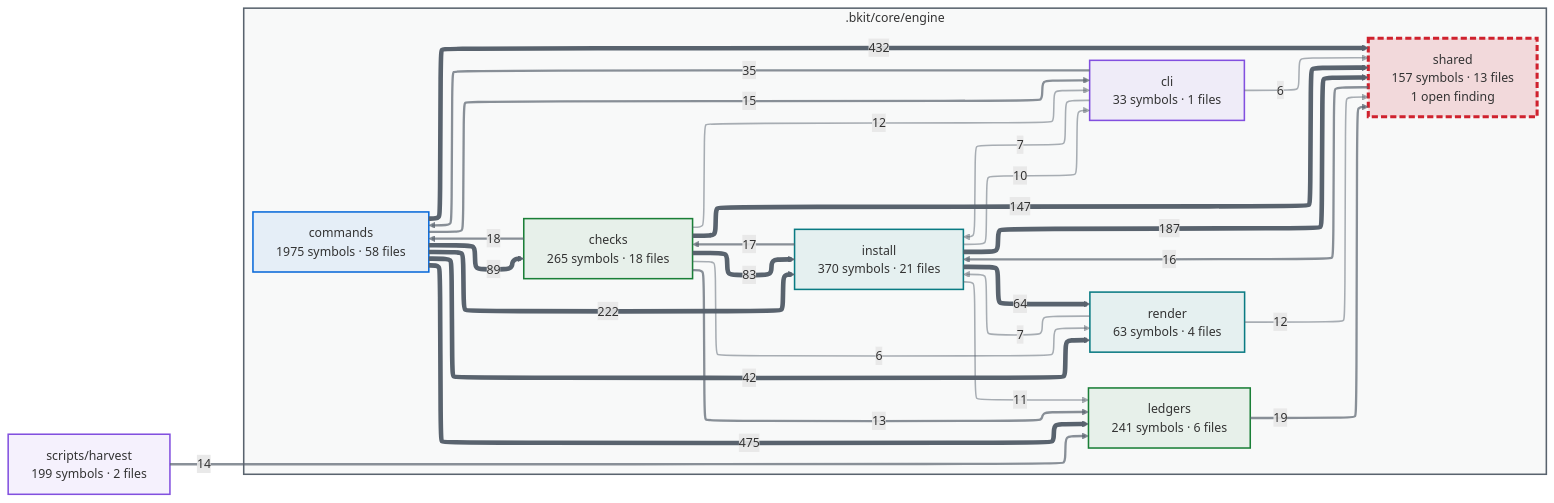
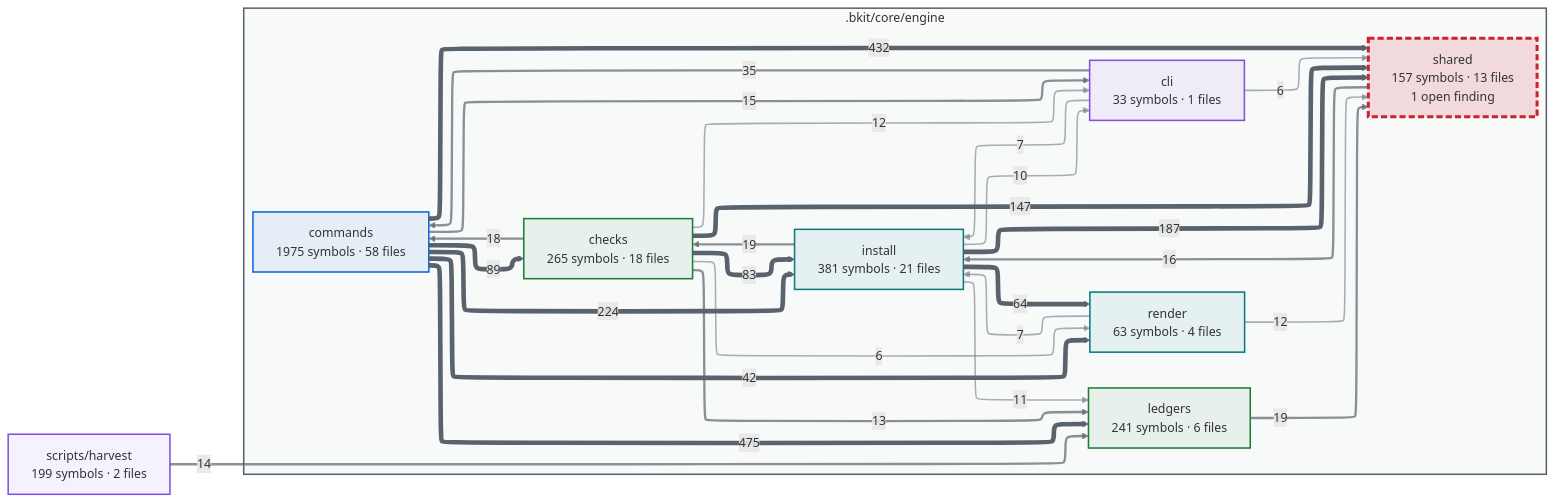
The first of 2 diagrams in docs/capabilities.md (cbartens/bkit), drawn with Mermaid before and after one commit. The commit also changed other lines of this file and 93 other files, not shown here.

First line of the commit message:
fix(985-install-settings-merge): install and upgrade take back a permission bkit retired

````diff
--- a/docs/capabilities.md
+++ b/docs/capabilities.md
@@ -116,80 +116,80 @@
 ```mermaid
 ---
 config:
   layout: elk
   themeCSS: "marker { overflow: visible; } marker path { transform: scale(1.8); transform-origin: 5px 5px; }"
   flowchart:
     useMaxWidth: false
 ---
 flowchart LR
   %% Generated by bkit-graphify-rollup.py — do not edit
   subgraph gn_bkit_core_engine[".bkit/core/engine"]
     n_bkit_core_engine_checks["checks<br/>265 symbols · 18 files"]
     n_bkit_core_engine_cli["cli<br/>33 symbols · 1 files"]
     n_bkit_core_engine_commands["commands<br/>1975 symbols · 58 files"]
-    n_bkit_core_engine_install["install<br/>370 symbols · 21 files"]
+    n_bkit_core_engine_install["install<br/>381 symbols · 21 files"]
     n_bkit_core_engine_ledgers["ledgers<br/>241 symbols · 6 files"]
     n_bkit_core_engine_render["render<br/>63 symbols · 4 files"]
     n_bkit_core_engine_shared["shared<br/>157 symbols · 13 files<br/>1 open finding"]
   end
   nscripts_harvest["scripts/harvest<br/>199 symbols · 2 files"]
   n_bkit_core_engine_commands -->|475| n_bkit_core_engine_ledgers
   n_bkit_core_engine_commands -->|432| n_bkit_core_engine_shared
-  n_bkit_core_engine_commands -->|222| n_bkit_core_engine_install
+  n_bkit_core_engine_commands -->|224| n_bkit_core_engine_install
   n_bkit_core_engine_install -->|187| n_bkit_core_engine_shared
   n_bkit_core_engine_checks -->|147| n_bkit_core_engine_shared
   n_bkit_core_engine_commands -->|89| n_bkit_core_engine_checks
   n_bkit_core_engine_checks -->|83| n_bkit_core_engine_install
   n_bkit_core_engine_install -->|64| n_bkit_core_engine_render
   n_bkit_core_engine_commands -->|42| n_bkit_core_engine_render
   n_bkit_core_engine_cli -->|35| n_bkit_core_engine_commands
+  n_bkit_core_engine_install -->|19| n_bkit_core_engine_checks
   n_bkit_core_engine_ledgers -->|19| n_bkit_core_engine_shared
   n_bkit_core_engine_checks -->|18| n_bkit_core_engine_commands
-  n_bkit_core_engine_install -->|17| n_bkit_core_engine_checks
   n_bkit_core_engine_shared -->|16| n_bkit_core_engine_install
   n_bkit_core_engine_commands -->|15| n_bkit_core_engine_cli
   nscripts_harvest -->|14| n_bkit_core_engine_ledgers
   n_bkit_core_engine_checks -->|13| n_bkit_core_engine_ledgers
   n_bkit_core_engine_checks -->|12| n_bkit_core_engine_cli
   n_bkit_core_engine_render -->|12| n_bkit_core_engine_shared
   n_bkit_core_engine_install -->|11| n_bkit_core_engine_ledgers
   n_bkit_core_engine_install -->|10| n_bkit_core_engine_cli
   n_bkit_core_engine_cli -->|7| n_bkit_core_engine_install
   n_bkit_core_engine_render -->|7| n_bkit_core_engine_install
   n_bkit_core_engine_checks -->|6| n_bkit_core_engine_render
   n_bkit_core_engine_cli -->|6| n_bkit_core_engine_shared
   style gn_bkit_core_engine fill:#59636e0a,stroke:#59636e,stroke-width:2px
   style n_bkit_core_engine_checks stroke:#1a7f37,stroke-width:2px,fill:#1a7f3714
   style n_bkit_core_engine_cli stroke:#8250df,stroke-width:2px,fill:#8250df14
   style n_bkit_core_engine_commands stroke:#0969da,stroke-width:2px,fill:#0969da14
   style n_bkit_core_engine_install stroke:#0a7b83,stroke-width:2px,fill:#0a7b8314
   style n_bkit_core_engine_ledgers stroke:#1a7f37,stroke-width:2px,fill:#1a7f3714
   style n_bkit_core_engine_render stroke:#0a7b83,stroke-width:2px,fill:#0a7b8314
   style n_bkit_core_engine_shared stroke:#cf222e,stroke-width:4px,stroke-dasharray:8 4,fill:#cf222e26
   style nscripts_harvest stroke:#8250df,stroke-width:2px,fill:#8250df14
   linkStyle 0 stroke:#59636e,stroke-width:6px
   linkStyle 1 stroke:#59636e,stroke-width:6px
   linkStyle 2 stroke:#59636e,stroke-width:6px
   linkStyle 3 stroke:#59636e,stroke-width:6px
   linkStyle 4 stroke:#59636e,stroke-width:6px
   linkStyle 5 stroke:#59636e,stroke-width:6px
   linkStyle 6 stroke:#59636e,stroke-width:6px
   linkStyle 7 stroke:#59636e,stroke-width:6px
   linkStyle 8 stroke:#59636e,stroke-width:6px
   linkStyle 9 stroke:#59636eb3,stroke-width:3px
   linkStyle 10 stroke:#59636eb3,stroke-width:3px
   linkStyle 11 stroke:#59636eb3,stroke-width:3px
   linkStyle 12 stroke:#59636eb3,stroke-width:3px
   linkStyle 13 stroke:#59636eb3,stroke-width:3px
   linkStyle 14 stroke:#59636eb3,stroke-width:3px
   linkStyle 15 stroke:#59636eb3,stroke-width:3px
   linkStyle 16 stroke:#59636eb3,stroke-width:3px
   linkStyle 17 stroke:#59636e80,stroke-width:2px
   linkStyle 18 stroke:#59636e80,stroke-width:2px
   linkStyle 19 stroke:#59636e80,stroke-width:2px
   linkStyle 20 stroke:#59636e80,stroke-width:2px
   linkStyle 21 stroke:#59636e80,stroke-width:2px
   linkStyle 22 stroke:#59636e80,stroke-width:2px
   linkStyle 23 stroke:#59636e80,stroke-width:2px
   linkStyle 24 stroke:#59636e80,stroke-width:2px
 ```
````
